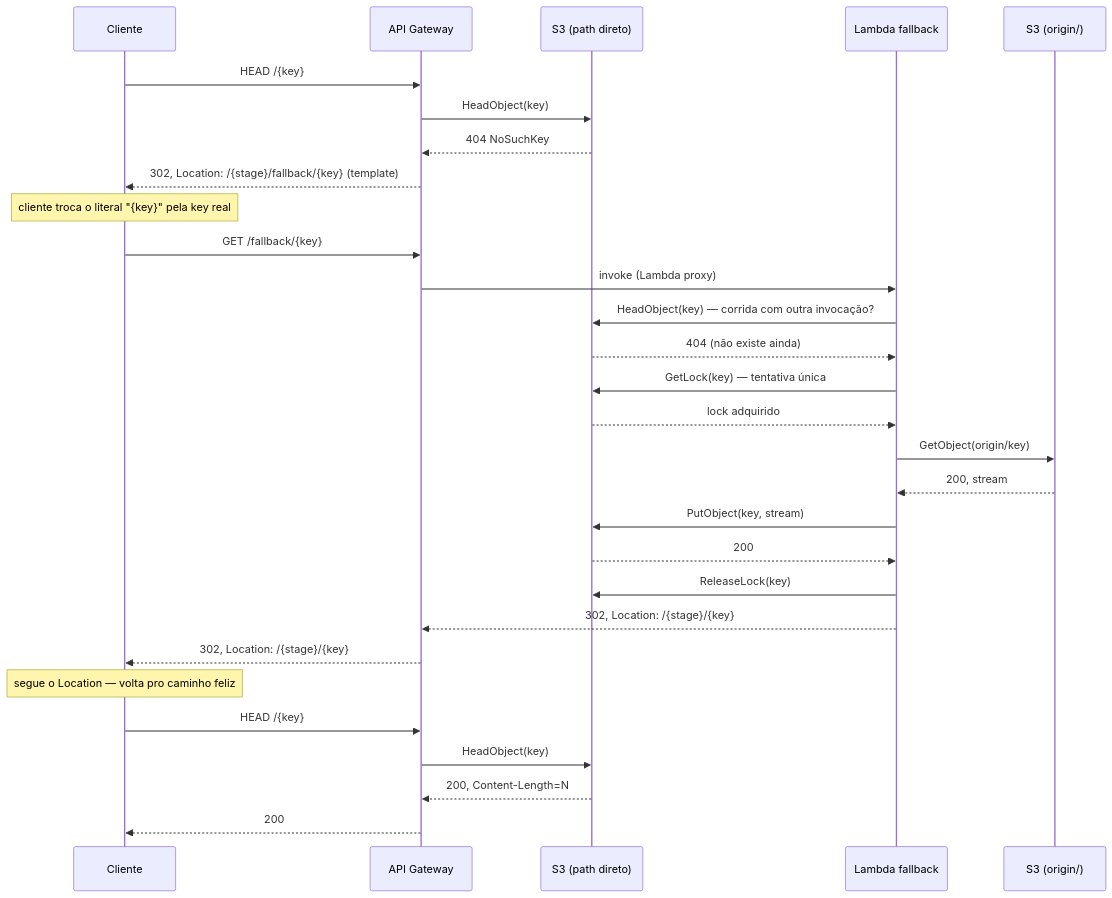
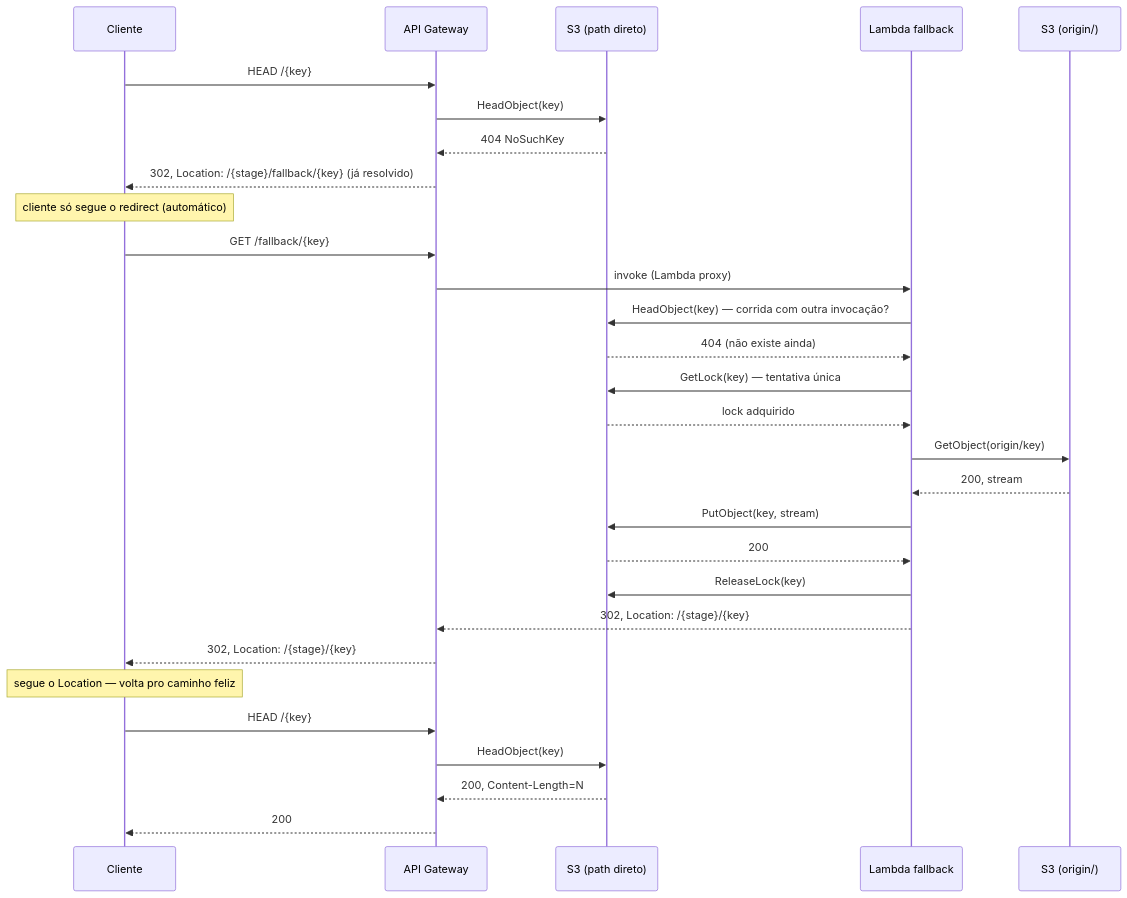
The second of 4 diagrams in docs/client-behavior.md (brunojet/apigw-transfer), drawn with Mermaid before and after one commit. The commit also changed other lines of this file and 4 other files, not shown here.

````diff
--- a/docs/client-behavior.md
+++ b/docs/client-behavior.md
@@ -51,36 +49,36 @@
 ```mermaid
 sequenceDiagram
     participant C as Cliente
     participant AGW as API Gateway
     participant S3d as S3 (path direto)
     participant L as Lambda fallback
     participant S3o as S3 (origin/)
 
     C->>AGW: HEAD /{key}
     AGW->>S3d: HeadObject(key)
     S3d-->>AGW: 404 NoSuchKey
-    AGW-->>C: 302, Location: /{stage}/fallback/{key} (template)
+    AGW-->>C: 302, Location: /{stage}/fallback/{key} (já resolvido)
 
-    Note over C: cliente troca o literal "{key}" pela key real
+    Note over C: cliente só segue o redirect (automático)
 
     C->>AGW: GET /fallback/{key}
     AGW->>L: invoke (Lambda proxy)
     L->>S3d: HeadObject(key) — corrida com outra invocação?
     S3d-->>L: 404 (não existe ainda)
     L->>S3d: GetLock(key) — tentativa única
     S3d-->>L: lock adquirido
     L->>S3o: GetObject(origin/key)
     S3o-->>L: 200, stream
     L->>S3d: PutObject(key, stream)
     S3d-->>L: 200
     L->>S3d: ReleaseLock(key)
     L-->>AGW: 302, Location: /{stage}/{key}
     AGW-->>C: 302, Location: /{stage}/{key}
 
     Note over C: segue o Location — volta pro caminho feliz
 
     C->>AGW: HEAD /{key}
     AGW->>S3d: HeadObject(key)
     S3d-->>AGW: 200, Content-Length=N
     AGW-->>C: 200
 ```
````
